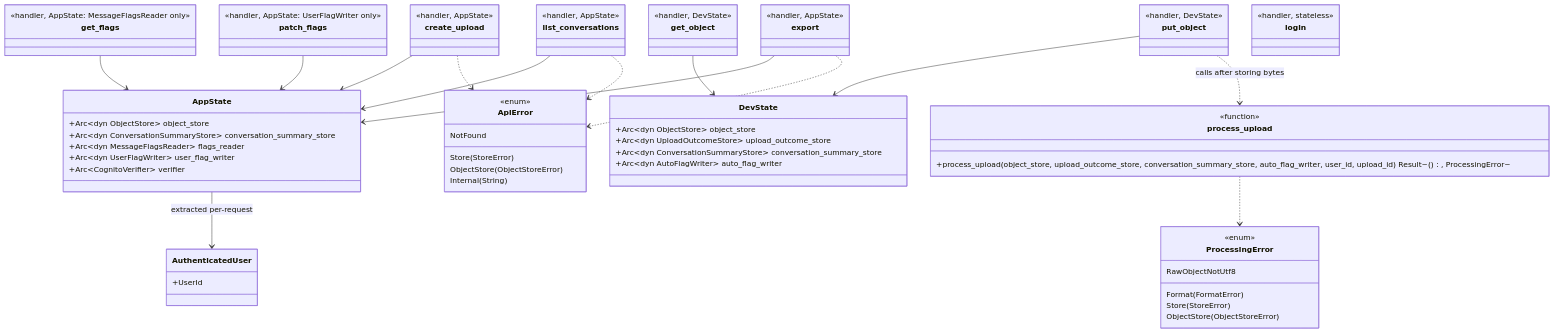
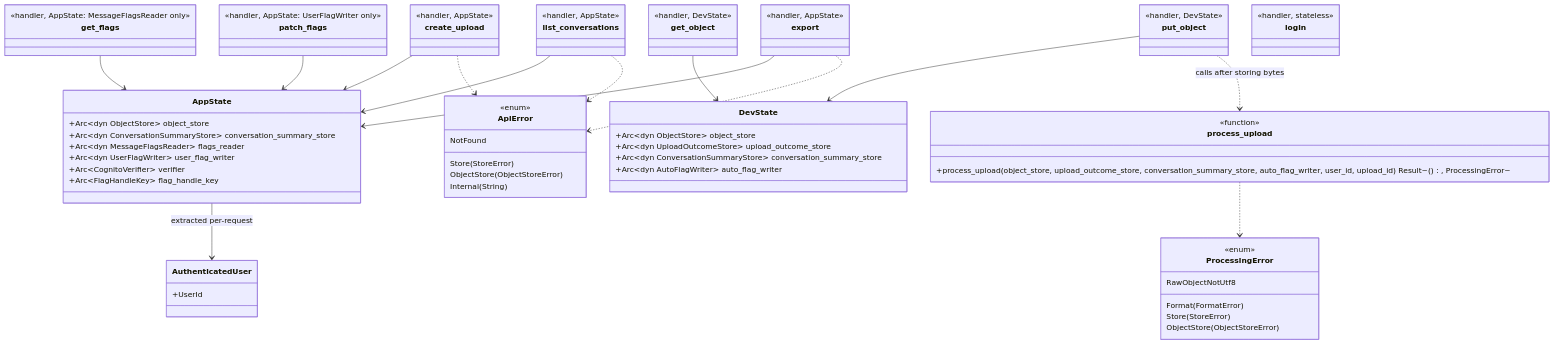
Before and after one commit to Telotrope/conversation-timeline: the diagram in backend/timeline-api/README.md, drawn with Mermaid. The commit also changed other lines of this file and 1 other file, not shown here.

Commit message:
Document flag handles and the stricter flag-save contract

````diff
--- a/backend/timeline-api/README.md
+++ b/backend/timeline-api/README.md
@@ -71,75 +85,76 @@
 ```mermaid
 classDiagram
     class AppState {
         +Arc~dyn ObjectStore~ object_store
         +Arc~dyn ConversationSummaryStore~ conversation_summary_store
         +Arc~dyn MessageFlagsReader~ flags_reader
         +Arc~dyn UserFlagWriter~ user_flag_writer
         +Arc~CognitoVerifier~ verifier
+        +Arc~FlagHandleKey~ flag_handle_key
     }
     class DevState {
         +Arc~dyn ObjectStore~ object_store
         +Arc~dyn UploadOutcomeStore~ upload_outcome_store
         +Arc~dyn ConversationSummaryStore~ conversation_summary_store
         +Arc~dyn AutoFlagWriter~ auto_flag_writer
     }
     class AuthenticatedUser {
         +UserId
     }
     class ApiError {
         <<enum>>
         NotFound
         Store(StoreError)
         ObjectStore(ObjectStoreError)
         Internal(String)
     }
     class ProcessingError {
         <<enum>>
         RawObjectNotUtf8
         Format(FormatError)
         Store(StoreError)
         ObjectStore(ObjectStoreError)
     }
     class process_upload {
         <<function>>
         +process_upload(object_store, upload_outcome_store, conversation_summary_store, auto_flag_writer, user_id, upload_id) Result~(), ProcessingError~
     }
     class create_upload {
         <<handler, AppState>>
     }
     class list_conversations {
         <<handler, AppState>>
     }
     class get_flags {
         <<handler, AppState: MessageFlagsReader only>>
     }
     class patch_flags {
         <<handler, AppState: UserFlagWriter only>>
     }
     class export {
         <<handler, AppState>>
     }
     class put_object {
         <<handler, DevState>>
     }
     class get_object {
         <<handler, DevState>>
     }
     class login {
         <<handler, stateless>>
     }
 
     AppState --> AuthenticatedUser : extracted per-request
     create_upload --> AppState
     list_conversations --> AppState
     get_flags --> AppState
     patch_flags --> AppState
     export --> AppState
     put_object --> DevState
     get_object --> DevState
     put_object ..> process_upload : calls after storing bytes
     process_upload ..> ProcessingError
     create_upload ..> ApiError
     list_conversations ..> ApiError
     export ..> ApiError
 ```
````
